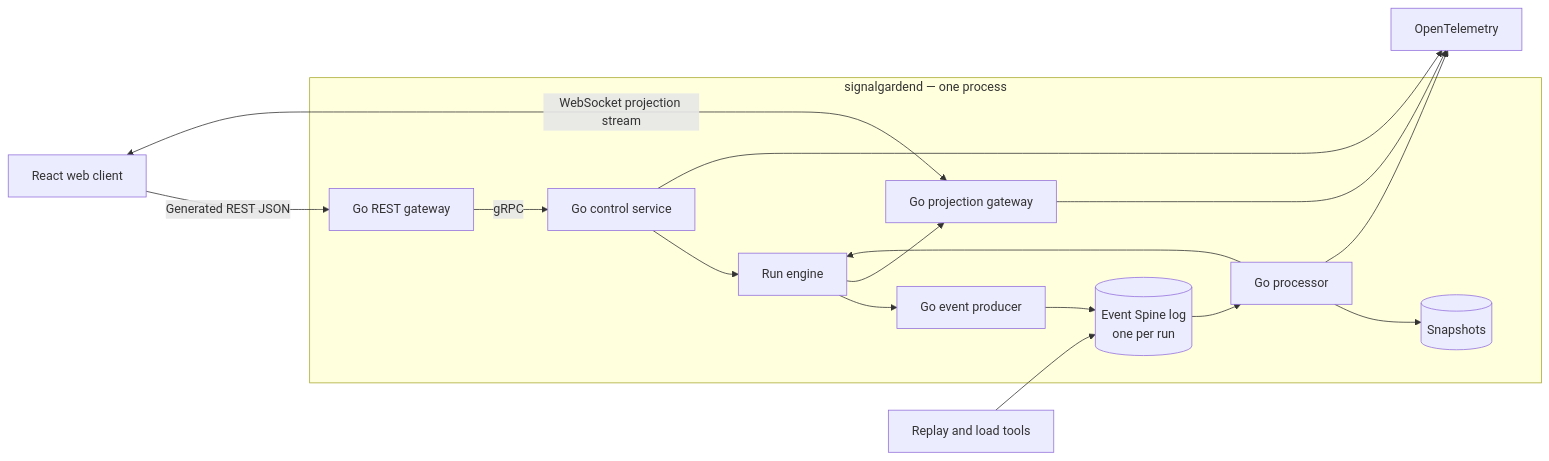
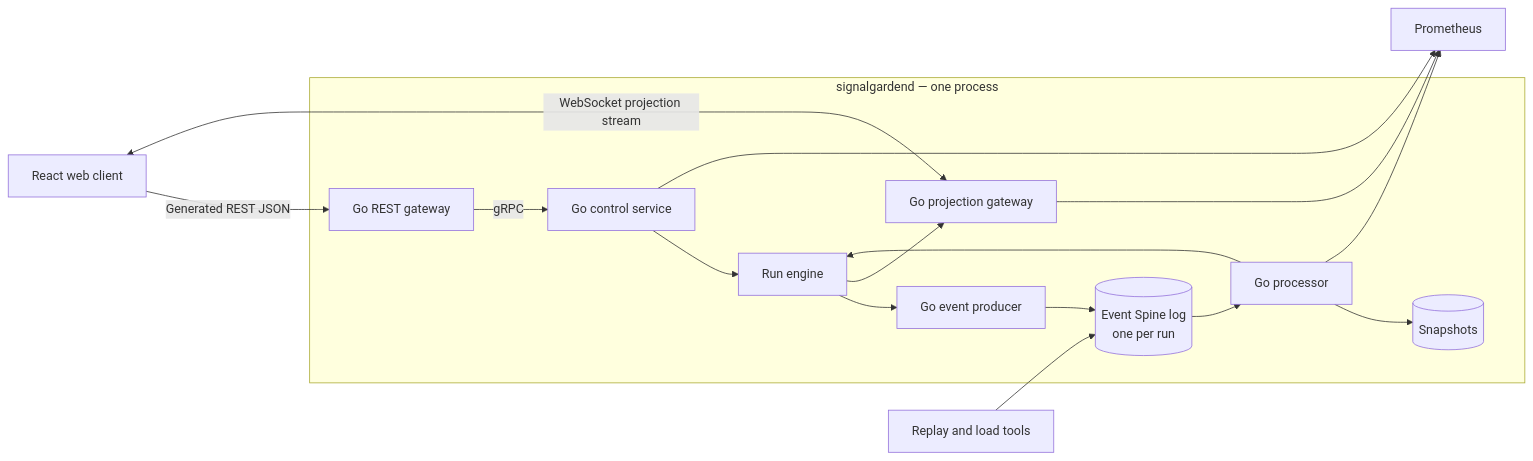
One commit to DamoDCoder/signal-garden changed the diagram in docs/architecture.md. Above: the diagram before and after it, drawn with Mermaid. The commit also changed other lines of this file and 14 other files, not shown here.

````diff
--- a/docs/architecture.md
+++ b/docs/architecture.md
@@ -5,21 +5,21 @@
 ```mermaid
 flowchart LR
     UI[React web client] -->|Generated REST JSON| Gateway[Go REST gateway]
     UI <-->|WebSocket projection stream| Projection[Go projection gateway]
 
     subgraph Daemon["signalgardend — one process"]
         Gateway -->|gRPC| Control[Go control service]
         Control --> Engine[Run engine]
         Engine --> Producer[Go event producer]
         Producer --> Log[(Event Spine log<br/>one per run)]
         Log --> Processor[Go processor]
         Processor --> Engine
         Engine --> Projection
         Processor --> Store[(Snapshots)]
     end
 
     Replay[Replay and load tools] --> Log
-    Control --> Telemetry[OpenTelemetry]
+    Control --> Telemetry[Prometheus]
     Processor --> Telemetry
     Projection --> Telemetry
 ```
````
